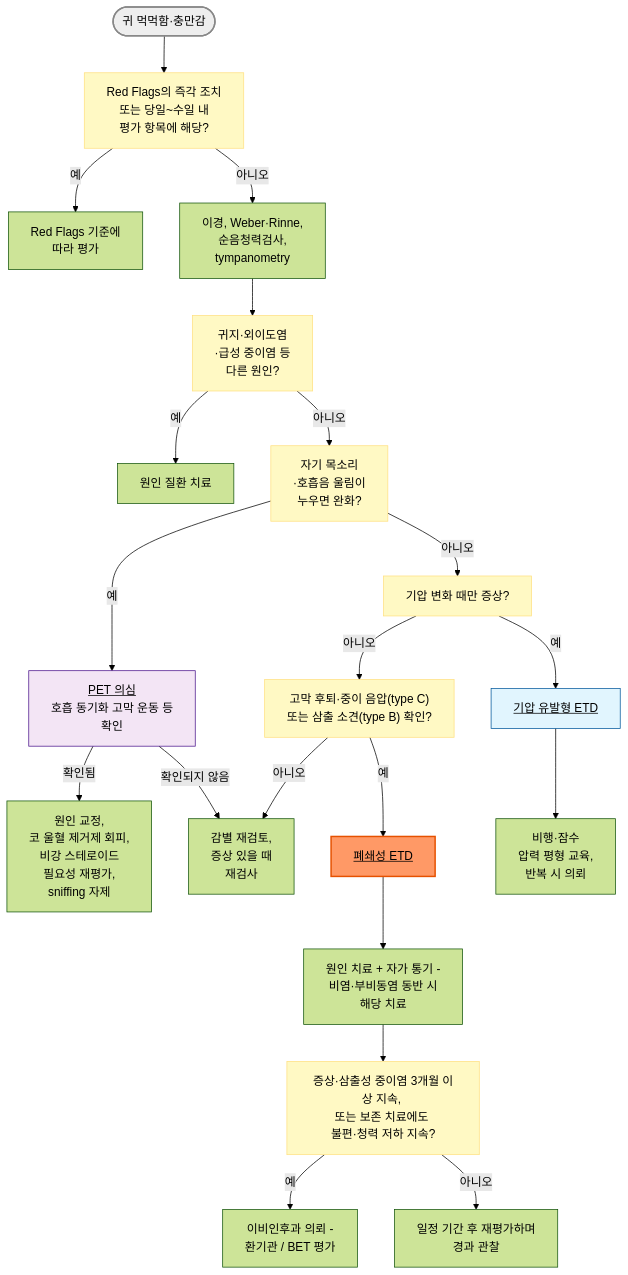
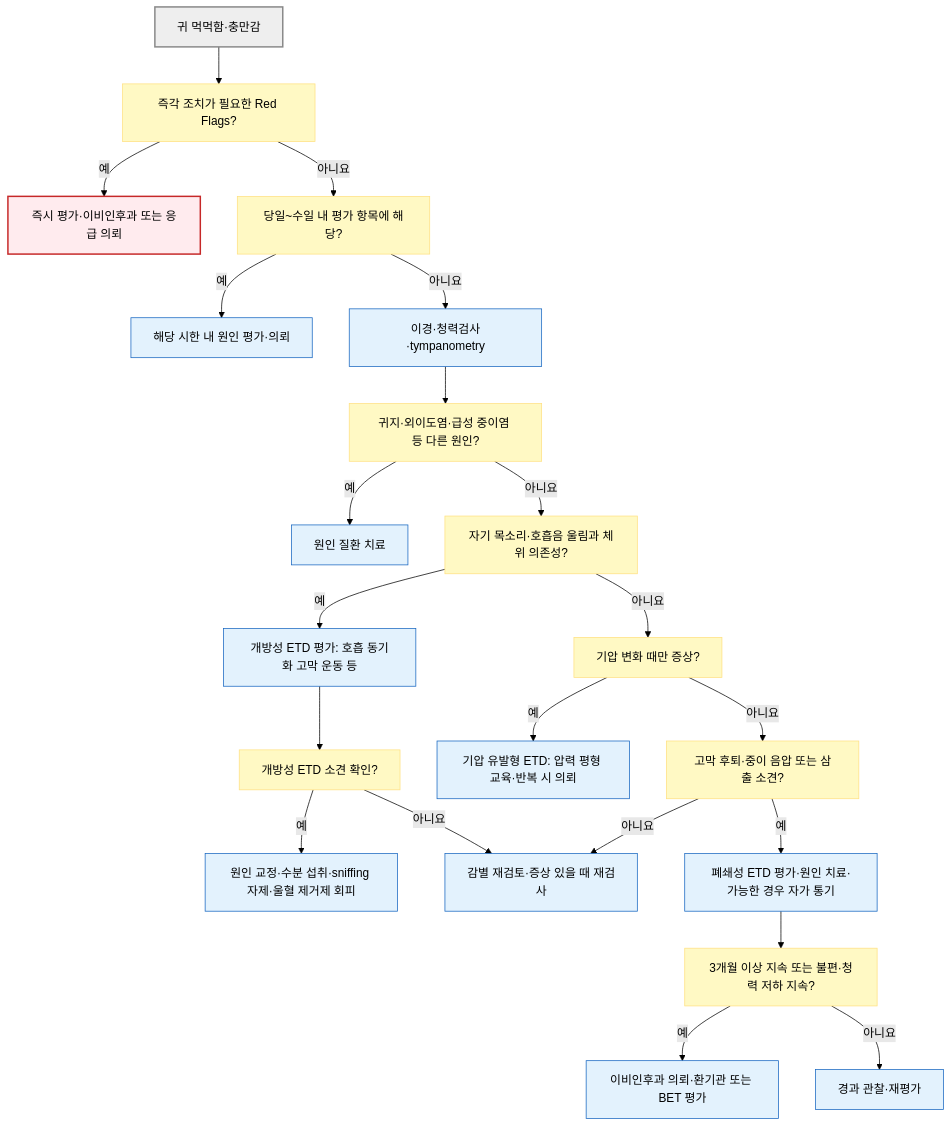
The diagram in 222_/046_-e-tube-dysfunction.md (familyoh77/familyoh77), drawn with Mermaid (forest theme) before and after one commit. The commit also changed other lines of this file and 13 other files, not shown here.

````diff
--- a/222_/046_-e-tube-dysfunction.md
+++ b/222_/046_-e-tube-dysfunction.md
@@ -87,29 +87,31 @@
 ```mermaid
-graph TD
-    Start(["귀 먹먹함·충만감"]) --> RF["Red Flags의 즉각 조치 <br/>또는 당일~수일 내 <br/>평가 항목에 해당?"]
-    RF -->|예| RFA["Red Flags 기준에 <br/>따라 평가"]
-    RF -->|아니오| Exam["이경, Weber·Rinne, <br/>순음청력검사, <br/>tympanometry"]
-    Exam --> Oth["귀지·외이도염<br/>·급성 중이염 등 <br/>다른 원인?"]
-    Oth -->|예| OthT["원인 질환 치료"]
-    Oth -->|아니오| Pos["자기 목소리<br/>·호흡음 울림이 <br/>누우면 완화?"]
-    Pos -->|예| PETs["<u>PET 의심</u><br/>호흡 동기화 고막 운동 등 <br/>확인"]
-    PETs -->|확인됨| P1["원인 교정, <br/>코 울혈 제거제 회피, <br/>비강 스테로이드 <br/>필요성 재평가, <br/>sniffing 자제"]
-    PETs -->|확인되지 않음| Rev["감별 재검토, <br/>증상 있을 때 <br/>재검사"]
-    Pos -->|아니오| Bar["기압 변화 때만 증상?"]
-    Bar -->|예| BCI["<u>기압 유발형 ETD</u>"]
-    Bar -->|아니오| Obj["고막 후퇴·중이 음압(type C) <br/>또는 삼출 소견(type B) 확인?"]
-    Obj -->|예| OETD["<u>폐쇄성 ETD</u>"]
-    Obj -->|아니오| Rev
-    OETD --> S1["원인 치료 + 자가 통기 - <br/>비염·부비동염 동반 시 <br/>해당 치료"]
-    S1 --> R1["증상·삼출성 중이염 3개월 이상 지속, <br/>또는 보존 치료에도 <br/>불편·청력 저하 지속?"]
-    R1 -->|예| ENT["이비인후과 의뢰 - <br/>환기관 / BET 평가"]
-    R1 -->|아니오| FU["일정 기간 후 재평가하며 <br/>경과 관찰"]
-    BCI --> B1["비행·잠수 <br/>압력 평형 교육, <br/>반복 시 의뢰"]
-    classDef q fill:#fff9c4,stroke:#ffe082
-    class RF,Oth,Pos,Bar,Obj,R1 q
-    style Start fill:#eeeeee,stroke:#888888,stroke-width:2px
-    style OETD fill:#f96,stroke:#e65100,stroke-width:2px
-    style PETs fill:#f3e5f5,stroke:#4a148c
-    style BCI fill:#e1f5fe,stroke:#01579b
-
+flowchart TD
+    Start["귀 먹먹함·충만감"] --> RF["즉각 조치가 필요한 Red Flags?"]
+    RF -- "예" --> Urgent["즉시 평가·이비인후과 또는 응급 의뢰"]
+    RF -- "아니요" --> Early["당일~수일 내 평가 항목에 해당?"]
+    Early -- "예" --> Refer["해당 시한 내 원인 평가·의뢰"]
+    Early -- "아니요" --> Exam["이경·청력검사·tympanometry"]
+    Exam --> Oth["귀지·외이도염·급성 중이염 등 다른 원인?"]
+    Oth -- "예" --> OthT["원인 질환 치료"]
+    Oth -- "아니요" --> Pos["자기 목소리·호흡음 울림과 체위 의존성?"]
+    Pos -- "예" --> PETs["개방성 ETD 평가: 호흡 동기화 고막 운동 등"]
+    PETs --> Confirm["개방성 ETD 소견 확인?"]
+    Confirm -- "예" --> P1["원인 교정·수분 섭취·sniffing 자제·울혈 제거제 회피"]
+    Confirm -- "아니요" --> Rev["감별 재검토·증상 있을 때 재검사"]
+    Pos -- "아니요" --> Bar["기압 변화 때만 증상?"]
+    Bar -- "예" --> B1["기압 유발형 ETD: 압력 평형 교육·반복 시 의뢰"]
+    Bar -- "아니요" --> Obj["고막 후퇴·중이 음압 또는 삼출 소견?"]
+    Obj -- "예" --> S1["폐쇄성 ETD 평가·원인 치료·가능한 경우 자가 통기"]
+    Obj -- "아니요" --> Rev
+    S1 --> R1["3개월 이상 지속 또는 불편·청력 저하 지속?"]
+    R1 -- "예" --> ENT["이비인후과 의뢰·환기관 또는 BET 평가"]
+    R1 -- "아니요" --> FU["경과 관찰·재평가"]
+    classDef start fill:#eee,stroke:#888,stroke-width:2px
+    classDef decision fill:#fff9c4,stroke:#ffe082
+    classDef urgent fill:#ffebee,stroke:#c62828,stroke-width:2px
+    classDef action fill:#e3f2fd,stroke:#1565c0
+    class Start start
+    class RF,Early,Oth,Pos,Confirm,Bar,Obj,R1 decision
+    class Urgent urgent
+    class Refer,Exam,OthT,PETs,P1,Rev,B1,S1,ENT,FU action
 ```
````
